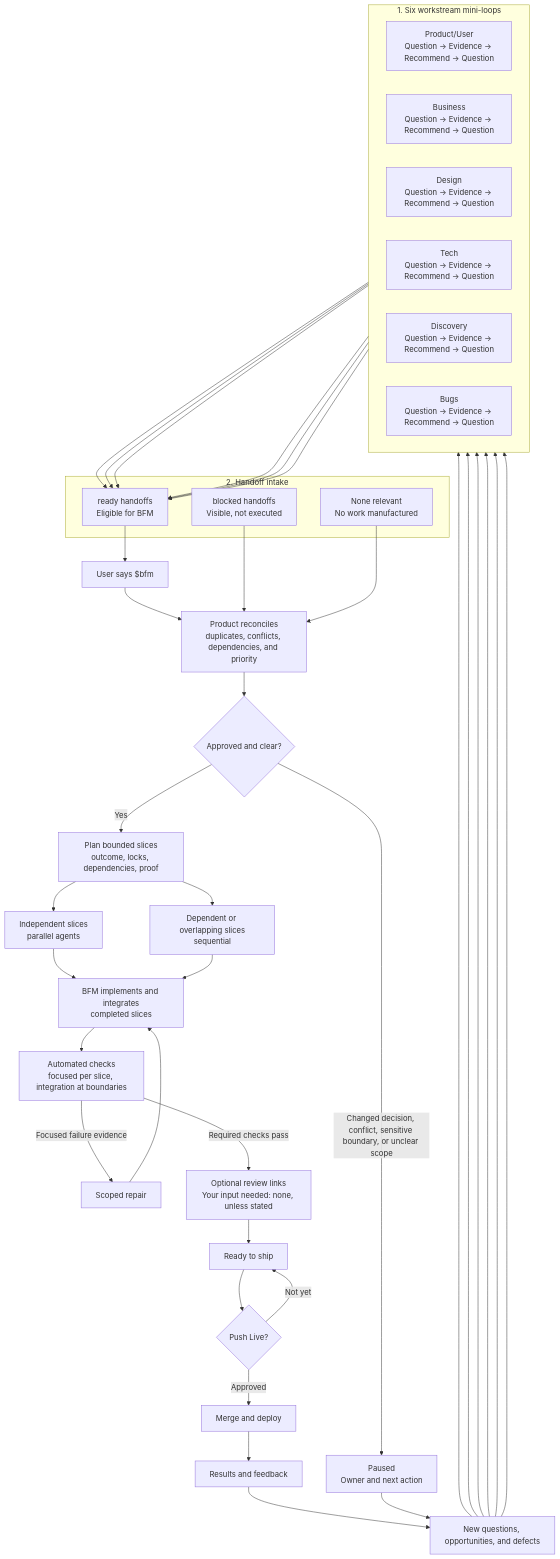
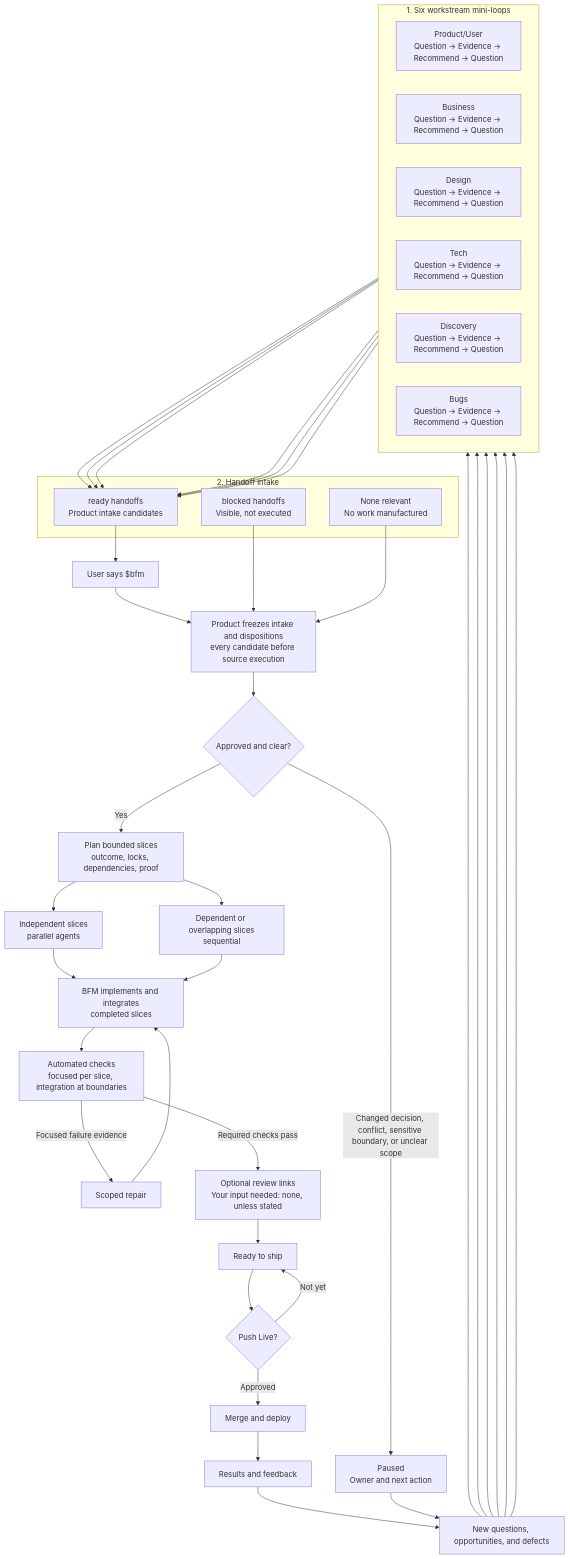
The diagram in docs/fb/full-loop.md (friedbeef1/fb-lane-coordination), drawn with Mermaid before and after one commit. The commit also changed other lines of this file and 34 other files, not shown here.

````diff
--- a/docs/fb/full-loop.md
+++ b/docs/fb/full-loop.md
@@ -11,55 +11,55 @@
 ```mermaid
 flowchart TB
     subgraph W["1. Six workstream mini-loops"]
         direction LR
         PU["Product/User<br/>Question → Evidence → Recommend → Question"]
         BU["Business<br/>Question → Evidence → Recommend → Question"]
         DE["Design<br/>Question → Evidence → Recommend → Question"]
         TE["Tech<br/>Question → Evidence → Recommend → Question"]
         DI["Discovery<br/>Question → Evidence → Recommend → Question"]
         BG["Bugs<br/>Question → Evidence → Recommend → Question"]
     end
 
     PU --> RH
     BU --> RH
     DE --> RH
     TE --> RH
     DI --> RH
     BG --> RH
 
     subgraph I["2. Handoff intake"]
-        RH["ready handoffs<br/>Eligible for BFM"]
+        RH["ready handoffs<br/>Product intake candidates"]
         BH["blocked handoffs<br/>Visible, not executed"]
         NR["None relevant<br/>No work manufactured"]
     end
 
     RH --> BFM["User says $bfm"]
     BFM --> PR
     BH --> PR
     NR --> PR
-    PR["Product reconciles<br/>duplicates, conflicts, dependencies, and priority"]
+    PR["Product freezes intake and dispositions<br/>every candidate before source execution"]
     PR --> A{"Approved and clear?"}
     A -->|"Yes"| SP["Plan bounded slices<br/>outcome, locks, dependencies, proof"]
     A -->|"Changed decision, conflict, sensitive boundary, or unclear scope"| X["Paused<br/>Owner and next action"]
     SP --> PA["Independent slices<br/>parallel agents"]
     SP --> SE["Dependent or overlapping slices<br/>sequential"]
     PA --> C["BFM implements and integrates<br/>completed slices"]
     SE --> C
     C --> V["Automated checks<br/>focused per slice, integration at boundaries"]
     V -->|"Focused failure evidence"| R["Scoped repair"]
     R --> C
     V -->|"Required checks pass"| O["Optional review links<br/>Your input needed: none, unless stated"]
     O --> S["Ready to ship"]
     S --> L{"Push Live?"}
     L -->|"Not yet"| S
     L -->|"Approved"| D["Merge and deploy"]
     D --> Z["Results and feedback"]
     Z --> N["New questions, opportunities, and defects"]
     N --> PU
     N --> BU
     N --> DE
     N --> TE
     N --> DI
     N --> BG
     X --> N
 ```
````
